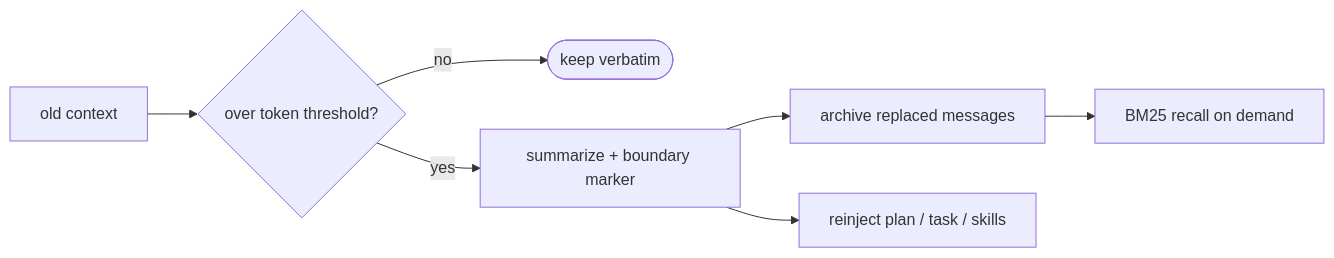
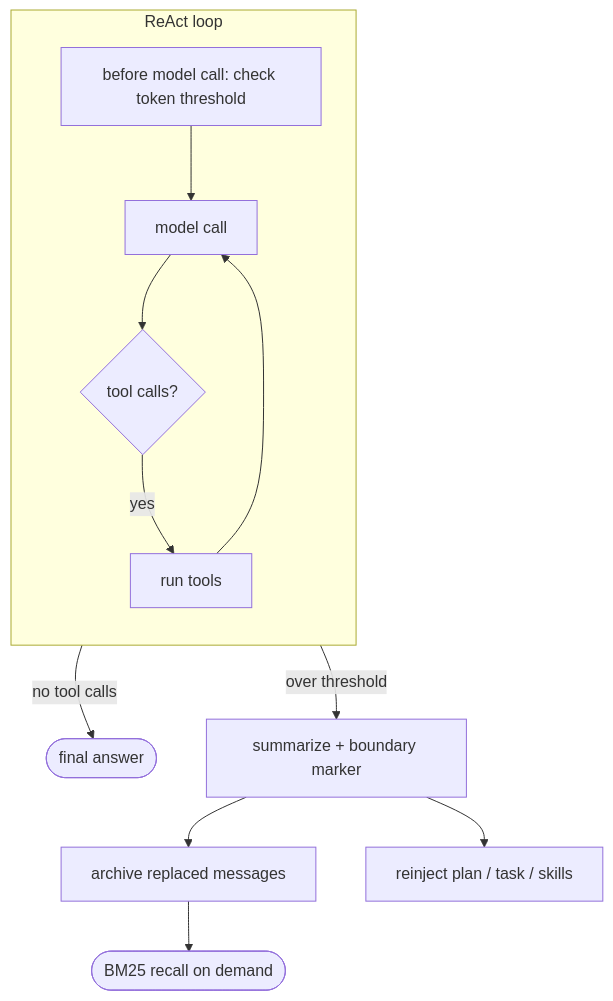
Diagram 20 of 31 in docs-michael/agent-interview-questions.md (michaelatamuk/openjiuwen-jiuwenswarm), drawn with Mermaid before and after one commit. The commit also changed other lines of this file, not shown here.

````diff
--- a/docs-michael/agent-interview-questions.md
+++ b/docs-michael/agent-interview-questions.md
@@ -360,8 +429,14 @@
 ```mermaid
-flowchart LR
-    CTX["old context"] --> TH{"over token threshold?"}
-    TH -->|no| KEEP(["keep verbatim"])
-    TH -->|yes| SUM["summarize + boundary marker"]
-    SUM --> ARCH["archive replaced messages"] --> REC["BM25 recall on demand"]
+flowchart TD
+    subgraph LOOP["ReAct loop"]
+    direction TB
+        PRE["before model call: check token threshold"] --> M["model call"]
+        M --> D{"tool calls?"}
+        D -->|yes| T["run tools"] --> M
+    end
+    D -->|"no tool calls"| A(["final answer"])
+    T ~~~ A
+    PRE -->|"over threshold"| SUM["summarize + boundary marker"]
+    SUM --> ARCH["archive replaced messages"] --> REC(["BM25 recall on demand"])
     SUM --> REINJ["reinject plan / task / skills"]
 ```
````
